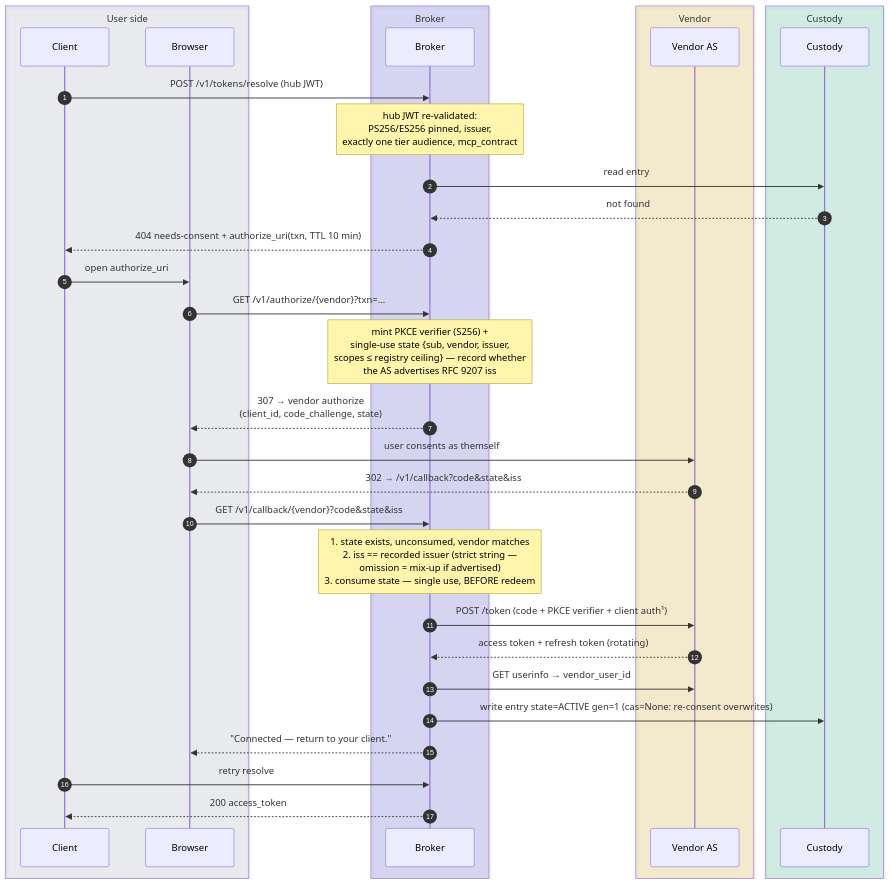
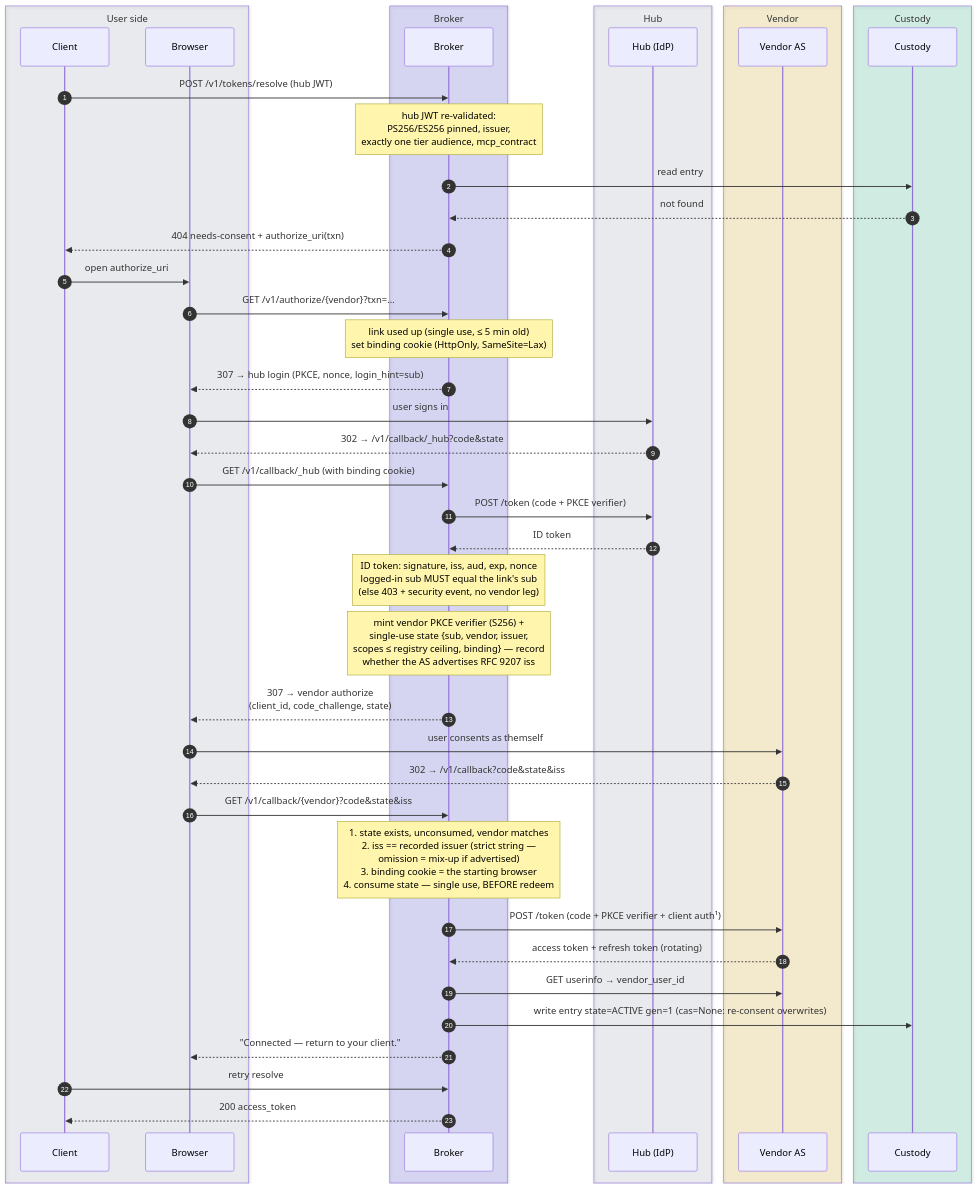
The second of 10 diagrams in docs/token-lifecycle.md (chief-builder/vendor-token-broker), drawn with Mermaid before and after one commit. The commit also changed other lines of this file and 24 other files, not shown here.

First line of the commit message:
fix: bind consent to the hub-authenticated user and the browser

````diff
--- a/docs/token-lifecycle.md
+++ b/docs/token-lifecycle.md
@@ -61,38 +61,49 @@
 ```mermaid
 sequenceDiagram
     autonumber
     box rgba(148,163,184,0.14) User side
         participant C as Client
         participant UA as Browser
     end
     box rgba(99,102,241,0.20) Broker
         participant B as Broker
+    end
+    box rgba(148,163,184,0.14) Hub
+        participant H as Hub (IdP)
     end
     box rgba(234,179,8,0.16) Vendor
         participant V as Vendor AS
     end
     box rgba(16,185,129,0.16) Custody
         participant K as Custody
     end
 
     C->>B: POST /v1/tokens/resolve (hub JWT)
     Note over B: hub JWT re-validated:<br/>PS256/ES256 pinned, issuer,<br/>exactly one tier audience, mcp_contract
     B->>K: read entry
     K-->>B: not found
-    B-->>C: 404 needs-consent + authorize_uri(txn, TTL 10 min)
+    B-->>C: 404 needs-consent + authorize_uri(txn)
     C->>UA: open authorize_uri
     UA->>B: GET /v1/authorize/{vendor}?txn=…
-    Note over B: mint PKCE verifier (S256) +<br/>single-use state {sub, vendor, issuer,<br/>scopes ≤ registry ceiling} — record whether<br/>the AS advertises RFC 9207 iss
+    Note over B: link used up (single use, ≤ 5 min old)<br/>set binding cookie (HttpOnly, SameSite=Lax)
+    B-->>UA: 307 → hub login (PKCE, nonce, login_hint=sub)
+    UA->>H: user signs in
+    H-->>UA: 302 → /v1/callback/_hub?code&state
+    UA->>B: GET /v1/callback/_hub (with binding cookie)
+    B->>H: POST /token (code + PKCE verifier)
+    H-->>B: ID token
+    Note over B: ID token: signature, iss, aud, exp, nonce<br/>logged-in sub MUST equal the link's sub<br/>(else 403 + security event, no vendor leg)
+    Note over B: mint vendor PKCE verifier (S256) +<br/>single-use state {sub, vendor, issuer,<br/>scopes ≤ registry ceiling, binding} — record<br/>whether the AS advertises RFC 9207 iss
     B-->>UA: 307 → vendor authorize<br/>(client_id, code_challenge, state)
     UA->>V: user consents as themself
     V-->>UA: 302 → /v1/callback?code&state&iss
     UA->>B: GET /v1/callback/{vendor}?code&state&iss
-    Note over B: 1. state exists, unconsumed, vendor matches<br/>2. iss == recorded issuer (strict string —<br/>   omission = mix-up if advertised)<br/>3. consume state — single use, BEFORE redeem
+    Note over B: 1. state exists, unconsumed, vendor matches<br/>2. iss == recorded issuer (strict string —<br/>   omission = mix-up if advertised)<br/>3. binding cookie = the starting browser<br/>4. consume state — single use, BEFORE redeem
     B->>V: POST /token (code + PKCE verifier + client auth¹)
     V-->>B: access token + refresh token (rotating)
     B->>V: GET userinfo → vendor_user_id
     B->>K: write entry state=ACTIVE gen=1 (cas=None: re-consent overwrites)
     B-->>UA: "Connected — return to your client."
     C->>B: retry resolve
     B-->>C: 200 access_token
 ```
````
